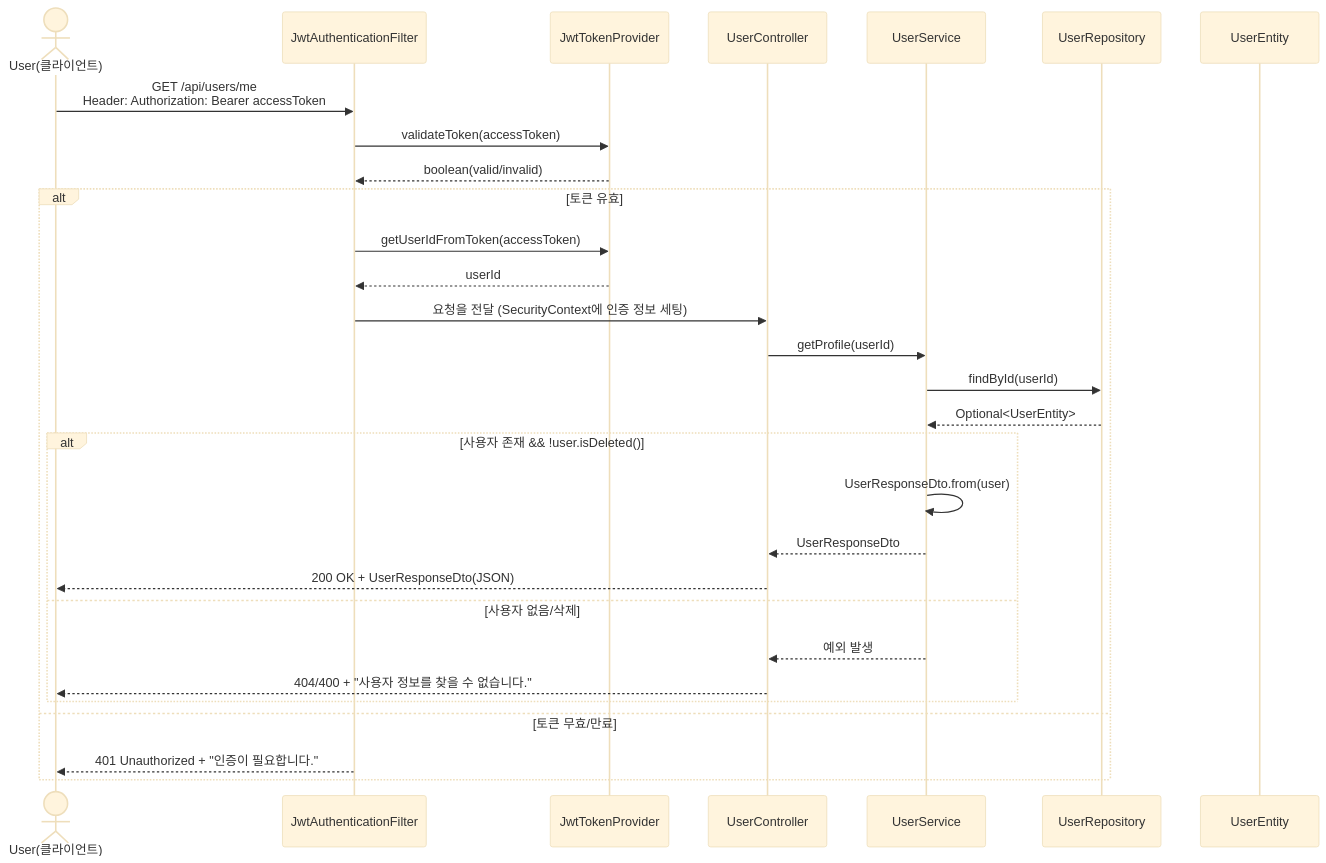
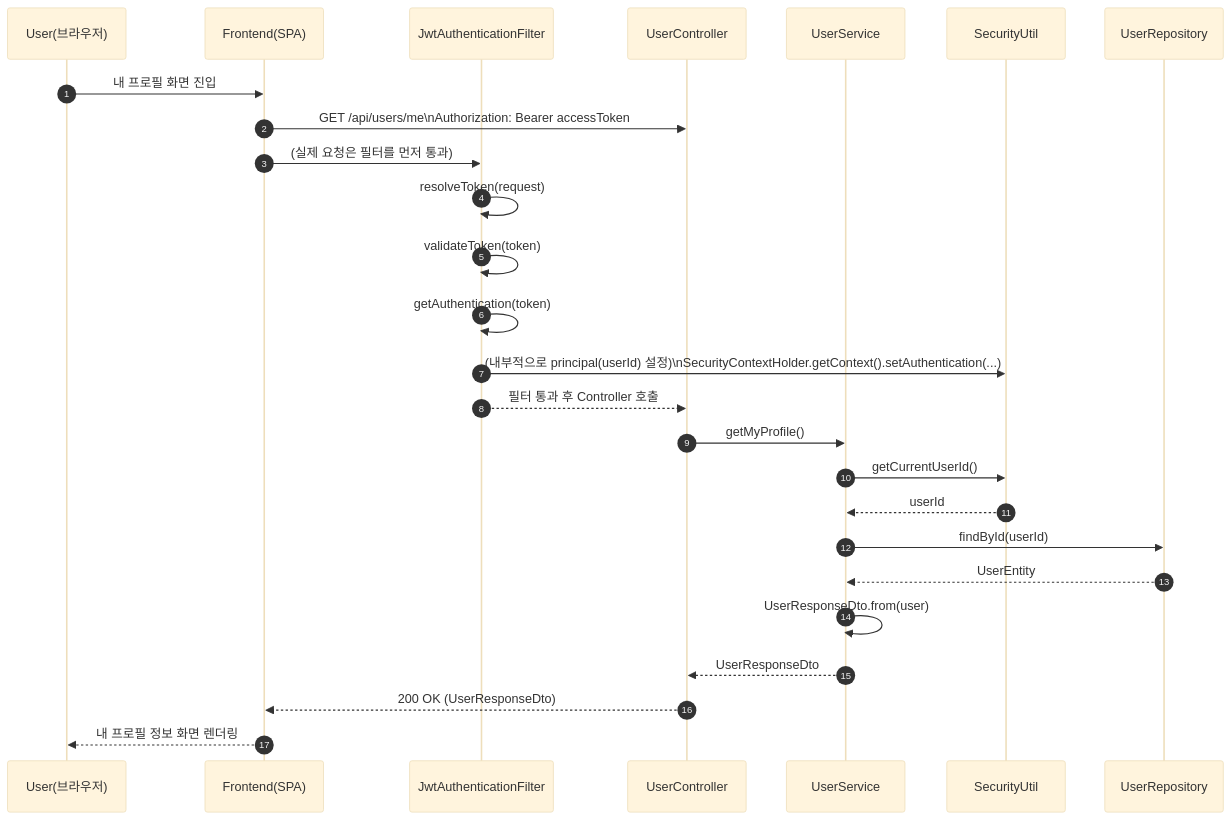
The fourth of 44 diagrams in SDS_[깃라잡이].md (OHWCH/se_dev), drawn with Mermaid (base theme) before and after one commit. The commit also changed other lines of this file, not shown here.

````diff
--- a/SDS_[깃라잡이].md
+++ b/SDS_[깃라잡이].md
@@ -4718,38 +4677,36 @@
 ```mermaid
 sequenceDiagram
-    actor U as User(클라이언트)
-    participant F as JwtAuthenticationFilter
-    participant JP as JwtTokenProvider
+    autonumber
+    participant U as User(브라우저)
+    participant FE as Frontend(SPA)
+    participant JF as JwtAuthenticationFilter
     participant UC as UserController
     participant US as UserService
+    participant SU as SecurityUtil
     participant UR as UserRepository
-    participant UE as UserEntity
 
-    U->>F: GET /api/users/me<br/>Header: Authorization: Bearer accessToken
+    U->>FE: 내 프로필 화면 진입
+    FE->>UC: GET /api/users/me\nAuthorization: Bearer accessToken
 
-    F->>JP: validateToken(accessToken)
-    JP-->>F: boolean(valid/invalid)
+    %% 필터 체인에서 JWT 인증
+    FE->>JF: (실제 요청은 필터를 먼저 통과)
+    JF->>JF: resolveToken(request)
+    JF->>JF: validateToken(token)
+    JF->>JF: getAuthentication(token)
+    JF->>SU: (내부적으로 principal(userId) 설정)\nSecurityContextHolder.getContext().setAuthentication(...)
+    JF-->>UC: 필터 통과 후 Controller 호출
 
-    alt 토큰 유효
-        F->>JP: getUserIdFromToken(accessToken)
-        JP-->>F: userId
-        F->>UC: 요청을 전달 (SecurityContext에 인증 정보 세팅)
+    UC->>US: getMyProfile()
+    US->>SU: getCurrentUserId()
+    SU-->>US: userId
 
-        UC->>US: getProfile(userId)
-        US->>UR: findById(userId)
-        UR-->>US: Optional<UserEntity>
+    US->>UR: findById(userId)
+    UR-->>US: UserEntity
 
-        alt 사용자 존재 && !user.isDeleted()
-            US->>US: UserResponseDto.from(user)
-            US-->>UC: UserResponseDto
-            UC-->>U: 200 OK + UserResponseDto(JSON)
-        else 사용자 없음/삭제
-            US-->>UC: 예외 발생
-            UC-->>U: 404/400 + "사용자 정보를 찾을 수 없습니다."
-        end
-    else 토큰 무효/만료
-        F-->>U: 401 Unauthorized + "인증이 필요합니다."
-    end
+    US->>US: UserResponseDto.from(user)
+    US-->>UC: UserResponseDto
+    UC-->>FE: 200 OK (UserResponseDto)
+    FE-->>U: 내 프로필 정보 화면 렌더링
 
 
 ```
````
